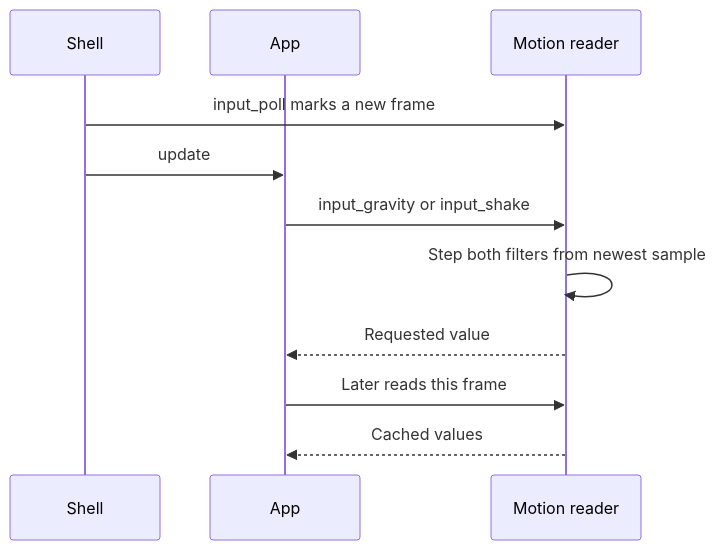
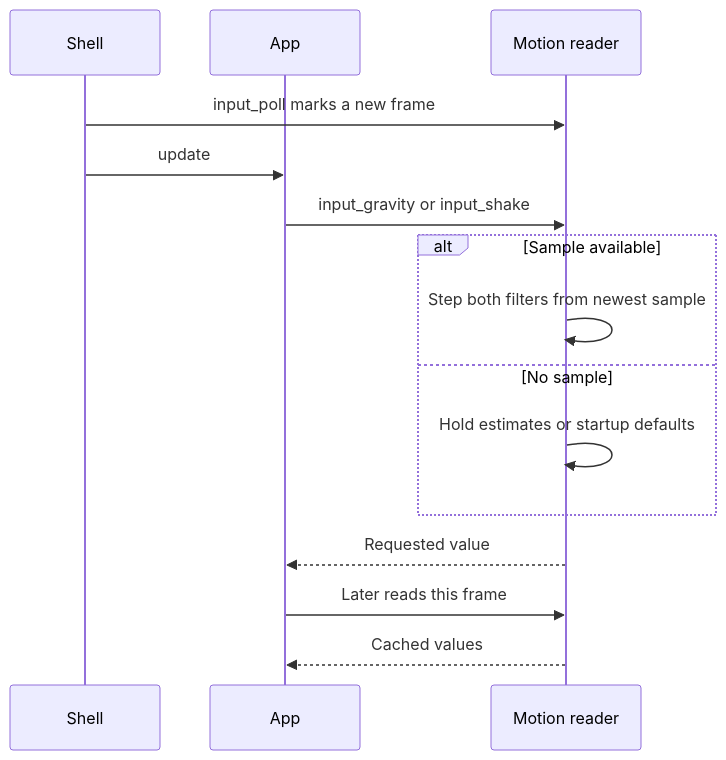
One commit to jose-villegas/autana changed the first of 3 diagrams in docs/input/Gravity.md. Above: the diagram before and after it, drawn with Mermaid. The commit also changed other lines of this file and 7 other files, not shown here.

````diff
--- a/docs/input/Gravity.md
+++ b/docs/input/Gravity.md
@@ -17,13 +20,17 @@
 ```mermaid
 sequenceDiagram
     participant Shell
     participant App
     participant Reader as Motion reader
     Shell->>Reader: input_poll marks a new frame
     Shell->>App: update
     App->>Reader: input_gravity or input_shake
-    Reader->>Reader: Step both filters from newest sample
+    alt Sample available
+        Reader->>Reader: Step both filters from newest sample
+    else No sample
+        Reader->>Reader: Hold estimates or startup defaults
+    end
     Reader-->>App: Requested value
     App->>Reader: Later reads this frame
     Reader-->>App: Cached values
 ```
````
